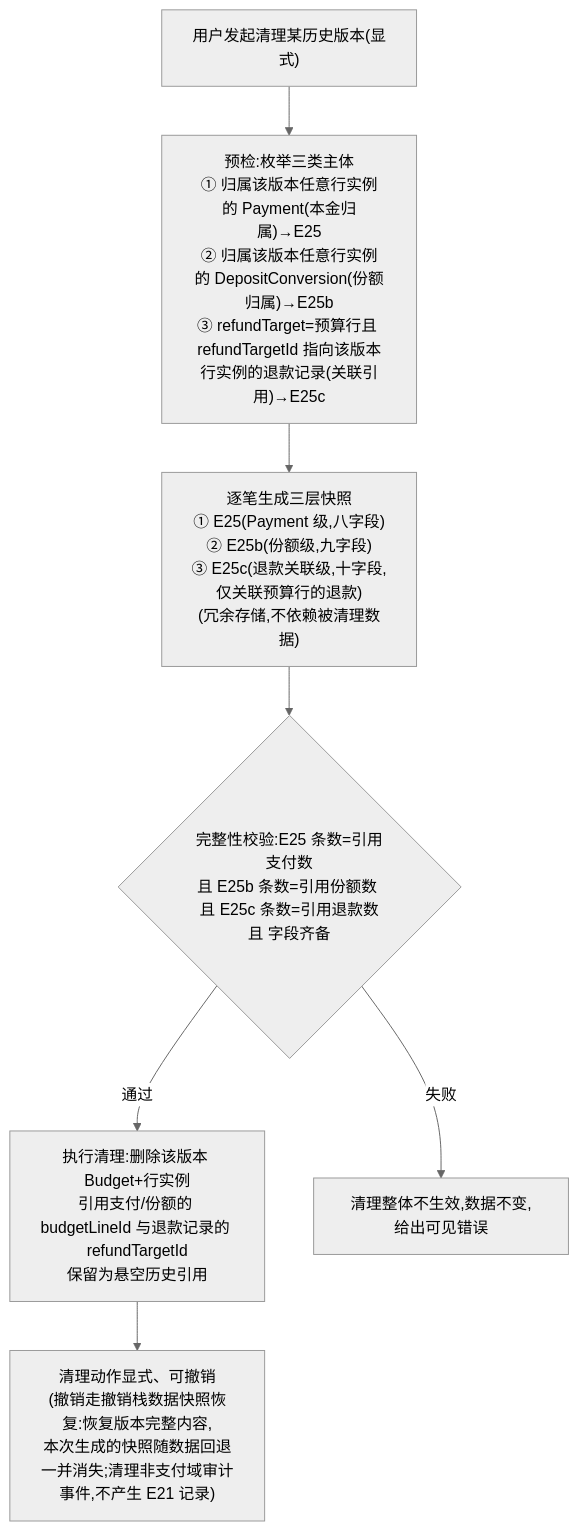
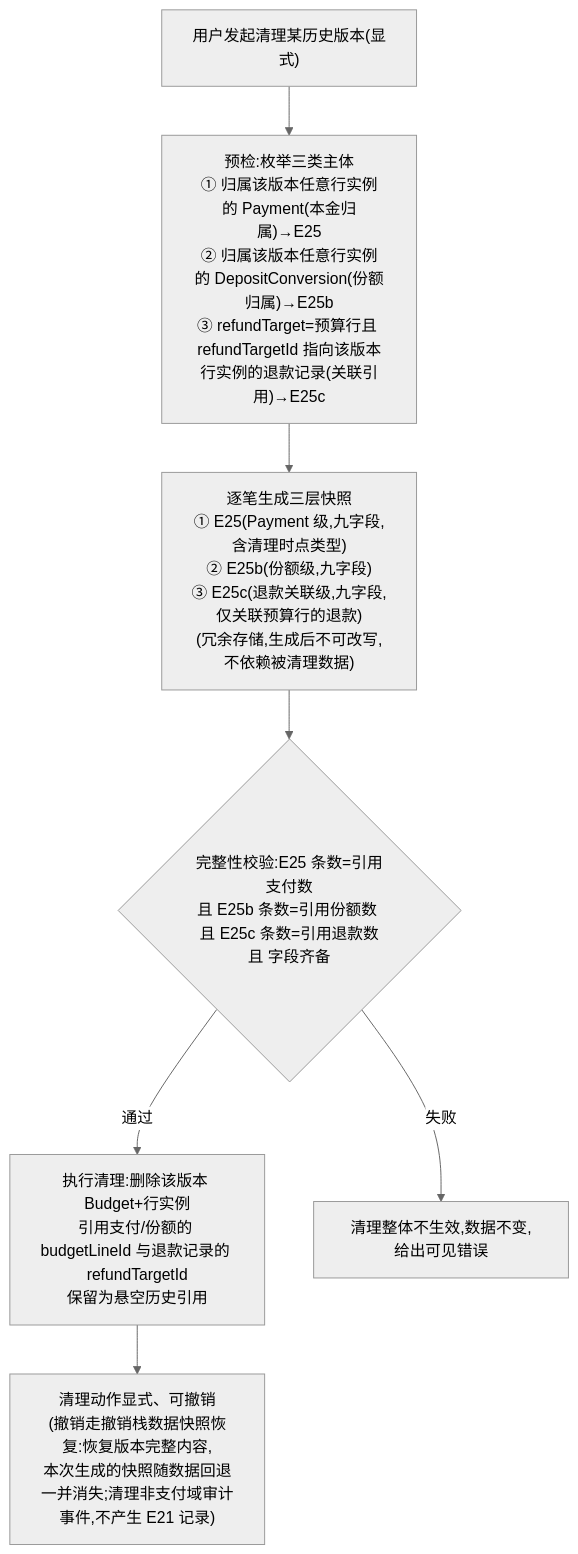
One commit to summax/trip-scope changed the ninth of 9 diagrams in docs/domain-model-v1.md. Above: the diagram before and after it, drawn with Mermaid (neutral theme). The commit also changed other lines of this file and 3 other files, not shown here.

````diff
--- a/docs/domain-model-v1.md
+++ b/docs/domain-model-v1.md
@@ -1051,9 +1068,9 @@
 ```mermaid
 flowchart TD
     A["用户发起清理某历史版本(显式)"] --> B["预检:枚举三类主体<br/>① 归属该版本任意行实例的 Payment(本金归属)→E25<br/>② 归属该版本任意行实例的 DepositConversion(份额归属)→E25b<br/>③ refundTarget=预算行且 refundTargetId 指向该版本行实例的退款记录(关联引用)→E25c"]
-    B --> C["逐笔生成三层快照<br/>① E25(Payment 级,八字段)<br/>② E25b(份额级,九字段)<br/>③ E25c(退款关联级,十字段,仅关联预算行的退款)<br/>(冗余存储,不依赖被清理数据)"]
+    B --> C["逐笔生成三层快照<br/>① E25(Payment 级,九字段,含清理时点类型)<br/>② E25b(份额级,九字段)<br/>③ E25c(退款关联级,九字段,仅关联预算行的退款)<br/>(冗余存储,生成后不可改写,不依赖被清理数据)"]
     C --> D{"完整性校验:E25 条数=引用支付数<br/>且 E25b 条数=引用份额数 且 E25c 条数=引用退款数<br/>且 字段齐备"}
     D -->|通过| E["执行清理:删除该版本 Budget+行实例<br/>引用支付/份额的 budgetLineId 与退款记录的 refundTargetId<br/>保留为悬空历史引用"]
     D -->|失败| F["清理整体不生效,数据不变,给出可见错误"]
     E --> G["清理动作显式、可撤销<br/>(撤销走撤销栈数据快照恢复:恢复版本完整内容,<br/>本次生成的快照随数据回退一并消失;清理非支付域审计事件,不产生 E21 记录)"]
 ```
````
